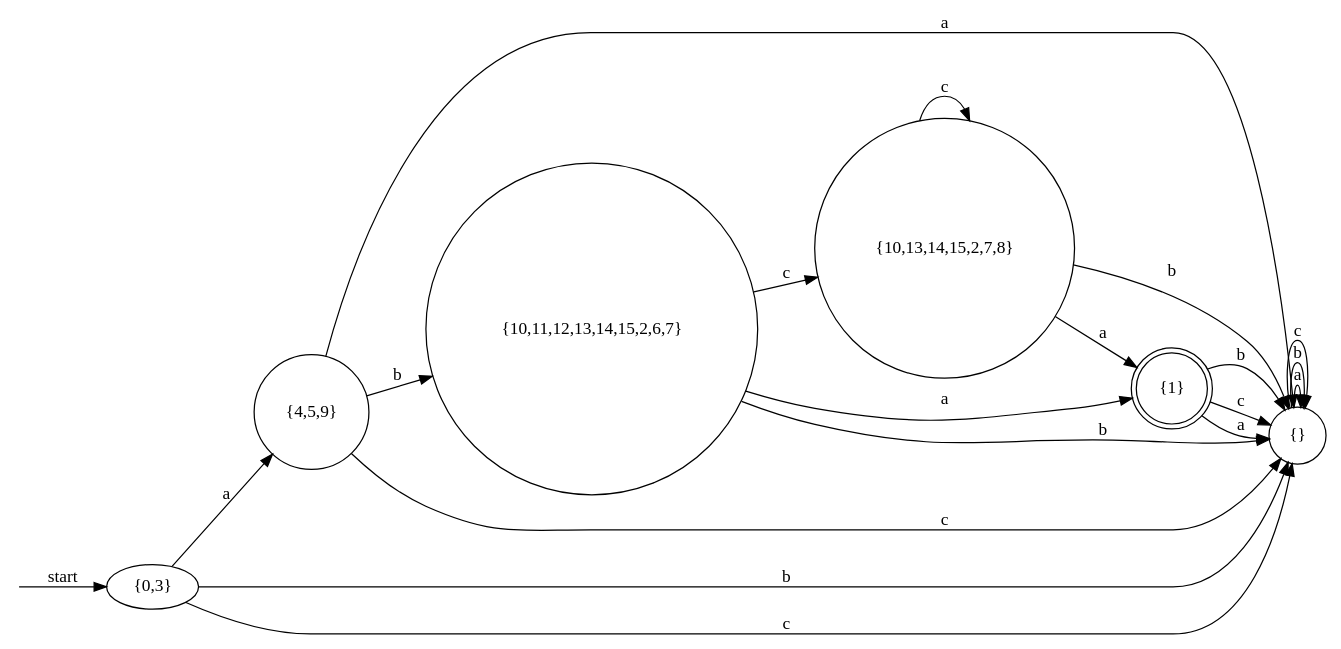
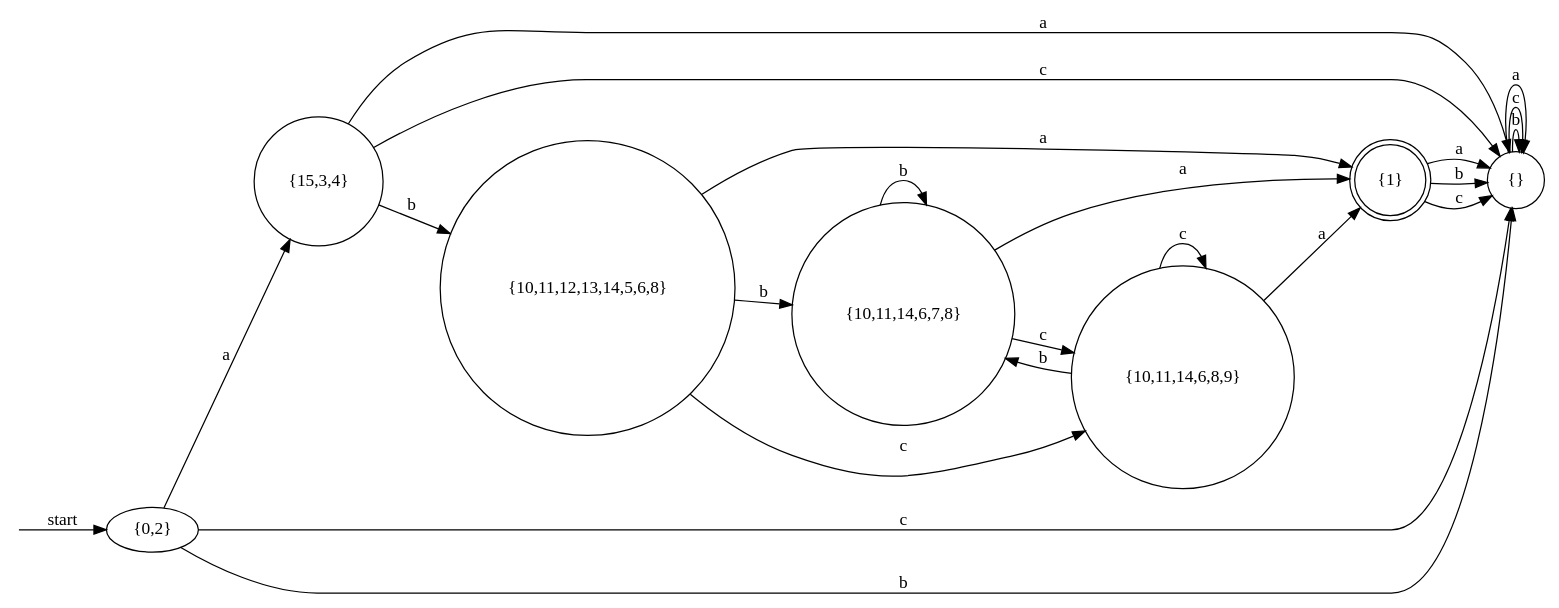
The diagram in project/Automata/SimpleRegex.dot (jonathanvdc/Automata), drawn with Graphviz before and after one commit. The commit also changed 4 other files, not shown here.

```diff
--- a/project/Automata/SimpleRegex.dot
+++ b/project/Automata/SimpleRegex.dot
@@ -1,25 +1,28 @@
 digraph dfa {
     rankdir = LR;
     __start [style = invis, shape = point];
-    __start -> "{0,3}" [ label = "start" ];
+    __start -> "{0,2}" [ label = "start" ];
     node [shape = doublecircle]; "{1}"
     node [shape = circle];
-    "{0,3}" -> "{4,5,9}" [ label = "a" ];
-    "{0,3}" -> "{}" [ label = "b" ];
-    "{4,5,9}" -> "{}" [ label = "c" ];
-    "{0,3}" -> "{}" [ label = "c" ];
-    "{4,5,9}" -> "{10,11,12,13,14,15,2,6,7}" [ label = "b" ];
+    "{15,3,4}" -> "{}" [ label = "a" ];
+    "{1}" -> "{}" [ label = "a" ];
+    "{}" -> "{}" [ label = "b" ];
+    "{0,2}" -> "{15,3,4}" [ label = "a" ];
+    "{10,11,14,6,7,8}" -> "{10,11,14,6,7,8}" [ label = "b" ];
+    "{}" -> "{}" [ label = "c" ];
+    "{1}" -> "{}" [ label = "b" ];
+    "{15,3,4}" -> "{10,11,12,13,14,5,6,8}" [ label = "b" ];
+    "{0,2}" -> "{}" [ label = "c" ];
     "{}" -> "{}" [ label = "a" ];
-    "{}" -> "{}" [ label = "b" ];
-    "{}" -> "{}" [ label = "c" ];
-    "{4,5,9}" -> "{}" [ label = "a" ];
-    "{10,11,12,13,14,15,2,6,7}" -> "{1}" [ label = "a" ];
-    "{10,11,12,13,14,15,2,6,7}" -> "{}" [ label = "b" ];
-    "{10,11,12,13,14,15,2,6,7}" -> "{10,13,14,15,2,7,8}" [ label = "c" ];
-    "{10,13,14,15,2,7,8}" -> "{1}" [ label = "a" ];
-    "{10,13,14,15,2,7,8}" -> "{}" [ label = "b" ];
-    "{10,13,14,15,2,7,8}" -> "{10,13,14,15,2,7,8}" [ label = "c" ];
-    "{1}" -> "{}" [ label = "a" ];
-    "{1}" -> "{}" [ label = "b" ];
     "{1}" -> "{}" [ label = "c" ];
+    "{15,3,4}" -> "{}" [ label = "c" ];
+    "{10,11,14,6,7,8}" -> "{1}" [ label = "a" ];
+    "{0,2}" -> "{}" [ label = "b" ];
+    "{10,11,12,13,14,5,6,8}" -> "{1}" [ label = "a" ];
+    "{10,11,12,13,14,5,6,8}" -> "{10,11,14,6,7,8}" [ label = "b" ];
+    "{10,11,12,13,14,5,6,8}" -> "{10,11,14,6,8,9}" [ label = "c" ];
+    "{10,11,14,6,8,9}" -> "{1}" [ label = "a" ];
+    "{10,11,14,6,8,9}" -> "{10,11,14,6,7,8}" [ label = "b" ];
+    "{10,11,14,6,8,9}" -> "{10,11,14,6,8,9}" [ label = "c" ];
+    "{10,11,14,6,7,8}" -> "{10,11,14,6,8,9}" [ label = "c" ];
 }
```
